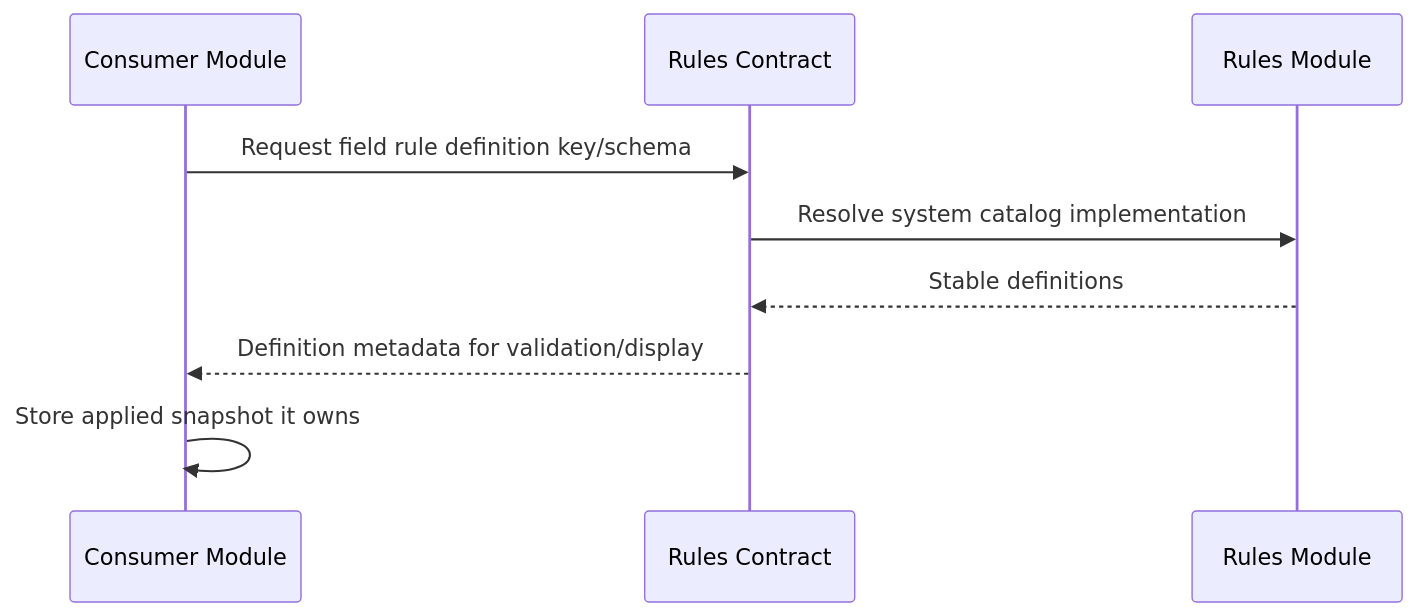
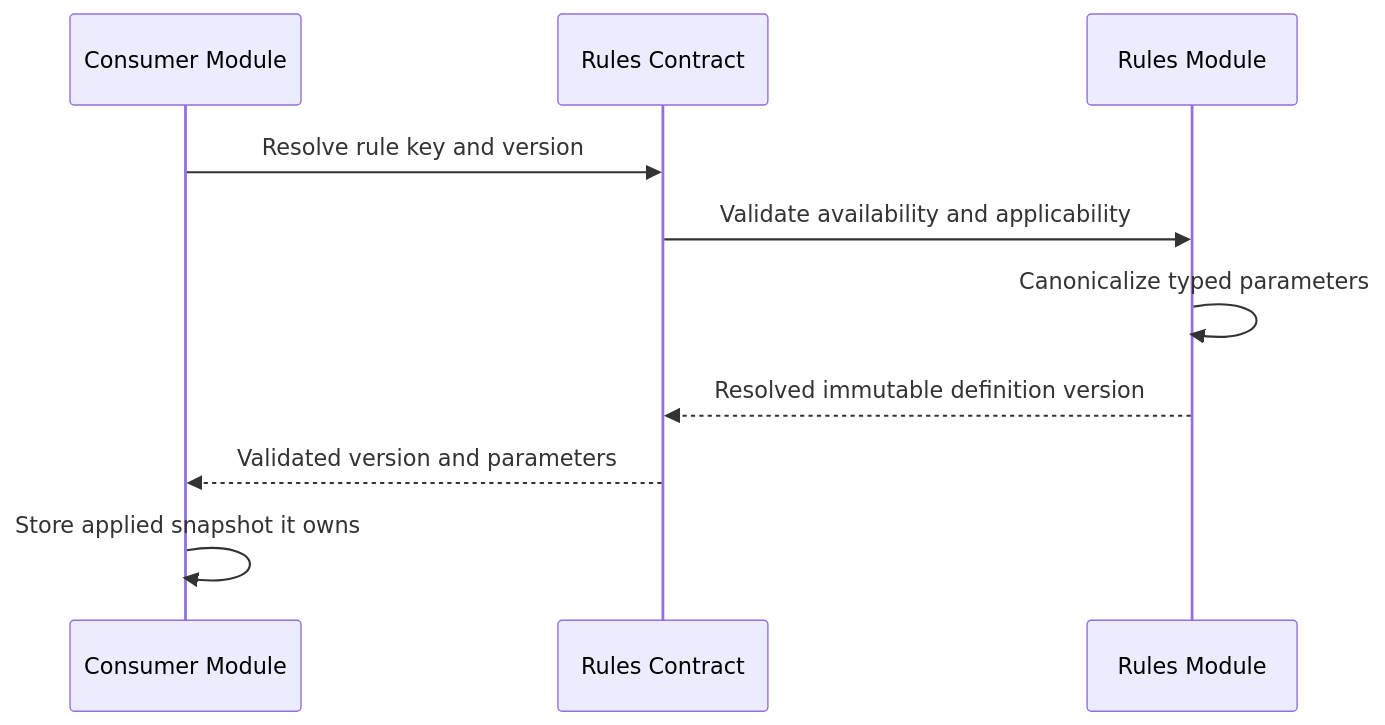
The diagram in docs/use-cases/rules/provide-system-field-rule-definitions.md (phuongnse/axis), drawn with Mermaid before and after one commit. The commit also changed other lines of this file and 381 other files, not shown here.

````diff
--- a/docs/use-cases/rules/provide-system-field-rule-definitions.md
+++ b/docs/use-cases/rules/provide-system-field-rule-definitions.md
@@ -82,12 +91,13 @@
 ```mermaid
 sequenceDiagram
   participant Consumer as Consumer Module
   participant Contract as Rules Contract
   participant Rules as Rules Module
 
-  Consumer->>Contract: Request field rule definition key/schema
-  Contract->>Rules: Resolve system catalog implementation
-  Rules-->>Contract: Stable definitions
-  Contract-->>Consumer: Definition metadata for validation/display
+  Consumer->>Contract: Resolve rule key and version
+  Contract->>Rules: Validate availability and applicability
+  Rules->>Rules: Canonicalize typed parameters
+  Rules-->>Contract: Resolved immutable definition version
+  Contract-->>Consumer: Validated version and parameters
   Consumer->>Consumer: Store applied snapshot it owns
 ```
````
